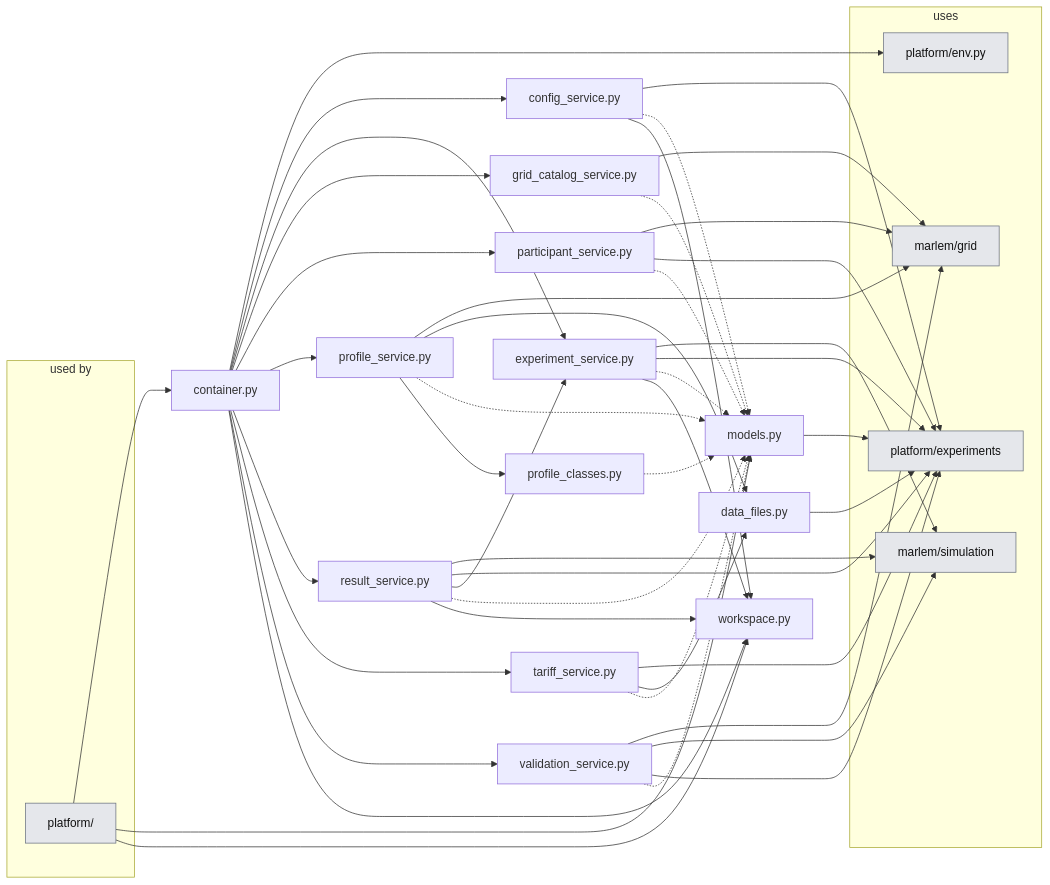
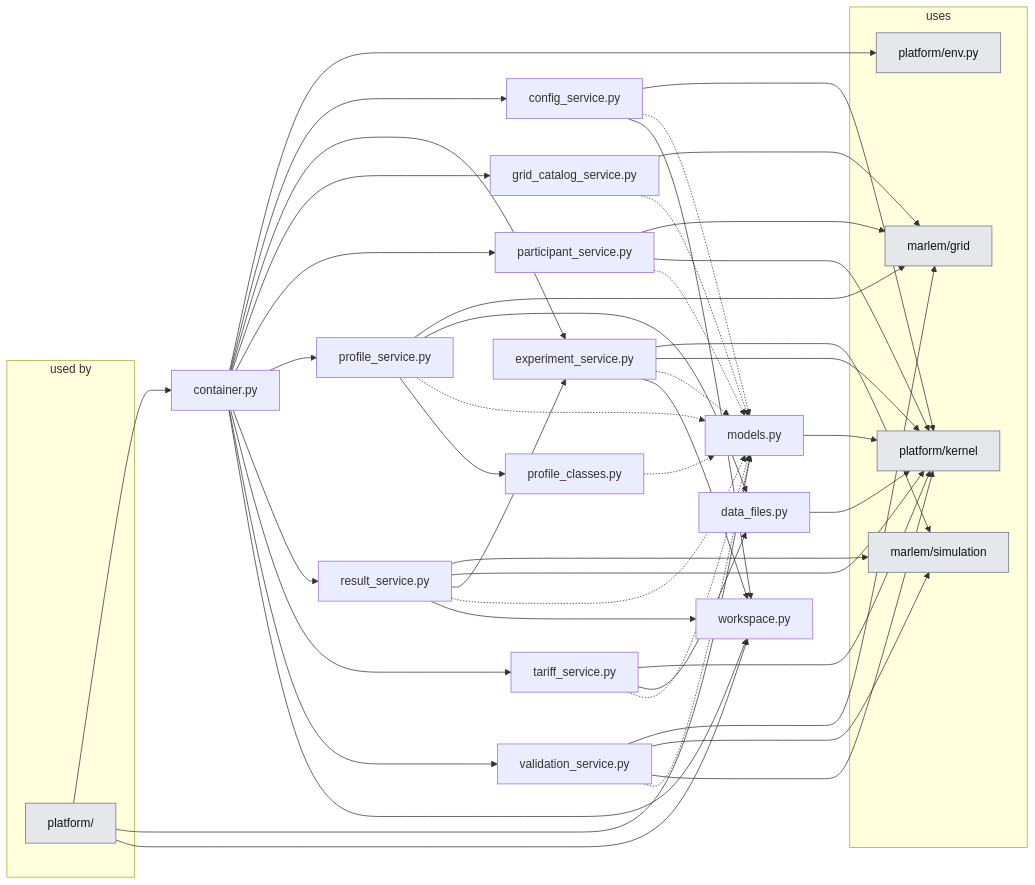
Before and after one commit to KevinRapo/P2P-thesis: the second of 2 diagrams in docs_thesis/thesis/architecture/04-application-layer.md, drawn with Mermaid. The commit also changed other lines of this file and 68 other files, not shown here.

Commit message:
refactor(kernel): platform/experiments becomes platform/kernel

````diff
--- a/docs_thesis/thesis/architecture/04-application-layer.md
+++ b/docs_thesis/thesis/architecture/04-application-layer.md
@@ -63,70 +63,70 @@
 ```mermaid
 flowchart LR
   subgraph USERS["used by"]
     n_platform__users_["platform/"]:::ext
   end
   n_platform_services_config_service["config_service.py"]
   n_platform_services_container["container.py"]
   n_platform_services_data_files["data_files.py"]
   n_platform_services_experiment_service["experiment_service.py"]
   n_platform_services_grid_catalog_service["grid_catalog_service.py"]
   n_platform_services_models["models.py"]
   n_platform_services_participant_service["participant_service.py"]
   n_platform_services_profile_classes["profile_classes.py"]
   n_platform_services_profile_service["profile_service.py"]
   n_platform_services_result_service["result_service.py"]
   n_platform_services_tariff_service["tariff_service.py"]
   n_platform_services_validation_service["validation_service.py"]
   n_platform_services_workspace["workspace.py"]
   subgraph USES["uses"]
     n_marlem_grid["marlem/grid"]:::ext
     n_marlem_simulation["marlem/simulation"]:::ext
     n_platform_env["platform/env.py"]:::ext
-    n_platform_experiments["platform/experiments"]:::ext
+    n_platform_kernel["platform/kernel"]:::ext
   end
   n_platform__users_ --> n_platform_services_container
   n_platform__users_ --> n_platform_services_models
   n_platform__users_ --> n_platform_services_workspace
-  n_platform_services_config_service --> n_platform_experiments
+  n_platform_services_config_service --> n_platform_kernel
   n_platform_services_config_service -.-> n_platform_services_models
   n_platform_services_config_service --> n_platform_services_workspace
   n_platform_services_container --> n_platform_env
   n_platform_services_container --> n_platform_services_config_service
   n_platform_services_container --> n_platform_services_experiment_service
   n_platform_services_container --> n_platform_services_grid_catalog_service
   n_platform_services_container --> n_platform_services_participant_service
   n_platform_services_container --> n_platform_services_profile_service
   n_platform_services_container --> n_platform_services_result_service
   n_platform_services_container --> n_platform_services_tariff_service
   n_platform_services_container --> n_platform_services_validation_service
   n_platform_services_container --> n_platform_services_workspace
-  n_platform_services_data_files --> n_platform_experiments
+  n_platform_services_data_files --> n_platform_kernel
   n_platform_services_experiment_service --> n_marlem_simulation
-  n_platform_services_experiment_service --> n_platform_experiments
+  n_platform_services_experiment_service --> n_platform_kernel
   n_platform_services_experiment_service -.-> n_platform_services_models
   n_platform_services_experiment_service --> n_platform_services_workspace
   n_platform_services_grid_catalog_service --> n_marlem_grid
   n_platform_services_grid_catalog_service -.-> n_platform_services_models
-  n_platform_services_models --> n_platform_experiments
+  n_platform_services_models --> n_platform_kernel
   n_platform_services_participant_service --> n_marlem_grid
-  n_platform_services_participant_service --> n_platform_experiments
+  n_platform_services_participant_service --> n_platform_kernel
   n_platform_services_participant_service -.-> n_platform_services_models
   n_platform_services_profile_classes -.-> n_platform_services_models
   n_platform_services_profile_service --> n_marlem_grid
   n_platform_services_profile_service --> n_platform_services_data_files
   n_platform_services_profile_service -.-> n_platform_services_models
   n_platform_services_profile_service --> n_platform_services_profile_classes
   n_platform_services_result_service --> n_marlem_simulation
-  n_platform_services_result_service --> n_platform_experiments
+  n_platform_services_result_service --> n_platform_kernel
   n_platform_services_result_service --> n_platform_services_experiment_service
   n_platform_services_result_service -.-> n_platform_services_models
   n_platform_services_result_service --> n_platform_services_workspace
-  n_platform_services_tariff_service --> n_platform_experiments
+  n_platform_services_tariff_service --> n_platform_kernel
   n_platform_services_tariff_service --> n_platform_services_data_files
   n_platform_services_tariff_service -.-> n_platform_services_models
   n_platform_services_validation_service --> n_marlem_grid
   n_platform_services_validation_service --> n_marlem_simulation
-  n_platform_services_validation_service --> n_platform_experiments
+  n_platform_services_validation_service --> n_platform_kernel
   n_platform_services_validation_service -.-> n_platform_services_models
   classDef ext fill:#e5e7eb,stroke:#6b7280,color:#111
 ```
````
